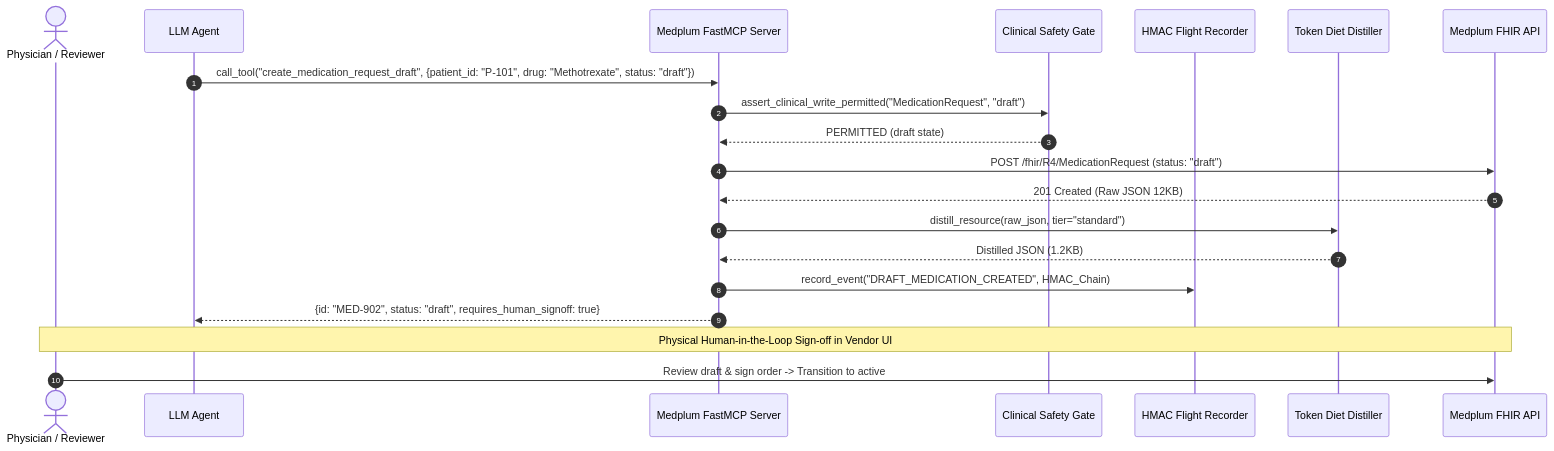
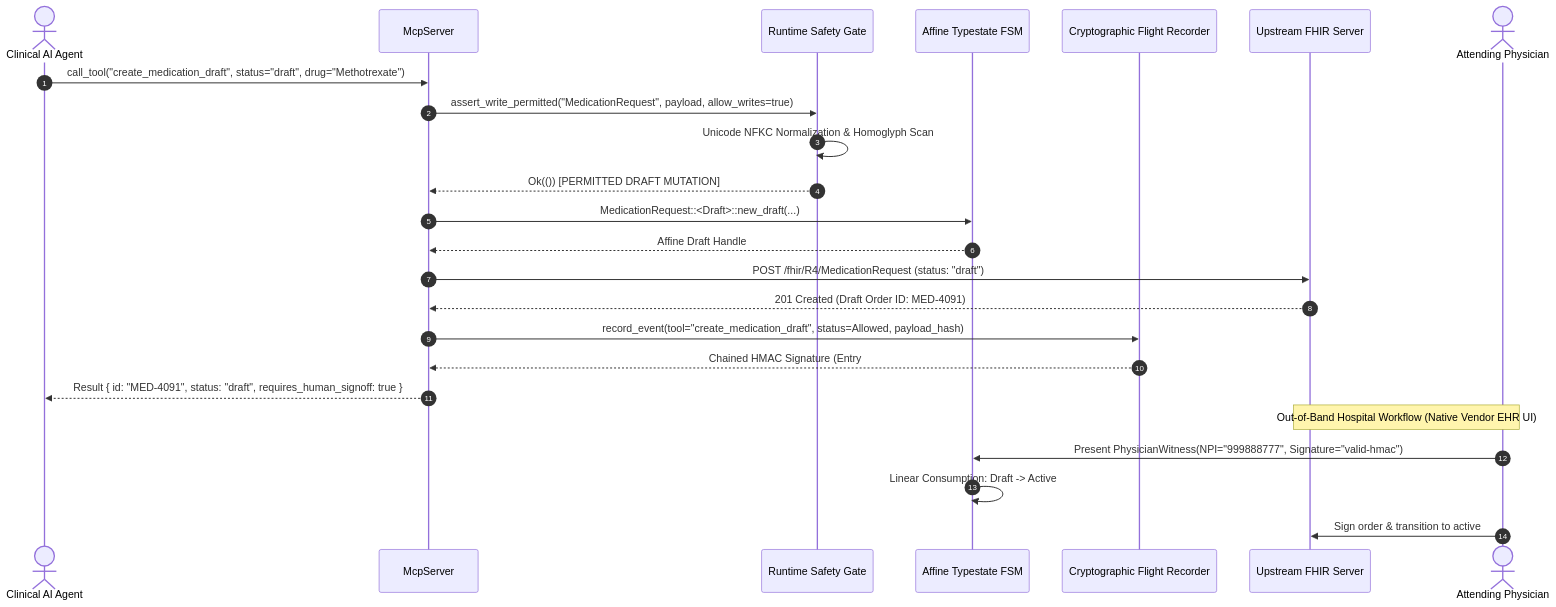
The fourth of 8 diagrams in docs/ARCHITECTURE.md (LiamDGray/medplum-mcp), drawn with Mermaid before and after one commit. The commit also changed other lines of this file and 3 other files, not shown here.

Commit message:
docs: comprehensive architectural documentation with UML, Mermaid, and ASCII diagrams, 5-tier verification standard, and benchmarks

````diff
--- a/docs/ARCHITECTURE.md
+++ b/docs/ARCHITECTURE.md
@@ -100,24 +236,28 @@
 ```mermaid
 sequenceDiagram
     autonumber
-    actor Clinician as Physician / Reviewer
-    participant Agent as LLM Agent
-    participant MCP as Medplum FastMCP Server
-    participant Gate as Clinical Safety Gate
-    participant Audit as HMAC Flight Recorder
-    participant Distill as Token Diet Distiller
-    participant FHIR as Medplum FHIR API
+    actor Agent as Clinical AI Agent
+    participant Server as McpServer
+    participant Gate as Runtime Safety Gate
+    participant Typestate as Affine Typestate FSM
+    participant Audit as Cryptographic Flight Recorder
+    participant EHR as Upstream FHIR Server
+    actor MD as Attending Physician
 
-    Agent->>MCP: call_tool("create_medication_request_draft", {patient_id: "P-101", drug: "Methotrexate", status: "draft"})
-    MCP->>Gate: assert_clinical_write_permitted("MedicationRequest", "draft")
-    Gate-->>MCP: PERMITTED (draft state)
-    MCP->>FHIR: POST /fhir/R4/MedicationRequest (status: "draft")
-    FHIR-->>MCP: 201 Created (Raw JSON 12KB)
-    MCP->>Distill: distill_resource(raw_json, tier="standard")
-    Distill-->>MCP: Distilled JSON (1.2KB)
-    MCP->>Audit: record_event("DRAFT_MEDICATION_CREATED", HMAC_Chain)
-    MCP-->>Agent: {id: "MED-902", status: "draft", requires_human_signoff: true}
-    
-    Note over Clinician,FHIR: Physical Human-in-the-Loop Sign-off in Vendor UI
-    Clinician->>FHIR: Review draft & sign order -> Transition to active
+    Agent->>Server: call_tool("create_medication_draft", status="draft", drug="Methotrexate")
+    Server->>Gate: assert_write_permitted("MedicationRequest", payload, allow_writes=true)
+    Gate->>Gate: Unicode NFKC Normalization & Homoglyph Scan
+    Gate-->>Server: Ok(()) [PERMITTED DRAFT MUTATION]
+    Server->>Typestate: MedicationRequest::<Draft>::new_draft(...)
+    Typestate-->>Server: Affine Draft Handle
+    Server->>EHR: POST /fhir/R4/MedicationRequest (status: "draft")
+    EHR-->>Server: 201 Created (Draft Order ID: MED-4091)
+    Server->>Audit: record_event(tool="create_medication_draft", status=Allowed, payload_hash)
+    Audit-->>Server: Chained HMAC Signature (Entry #892)
+    Server-->>Agent: Result { id: "MED-4091", status: "draft", requires_human_signoff: true }
+
+    Note over MD,EHR: Out-of-Band Hospital Workflow (Native Vendor EHR UI)
+    MD->>Typestate: Present PhysicianWitness(NPI="999888777", Signature="valid-hmac")
+    Typestate->>Typestate: Linear Consumption: Draft -> Active
+    MD->>EHR: Sign order & transition to active
 ```
````
